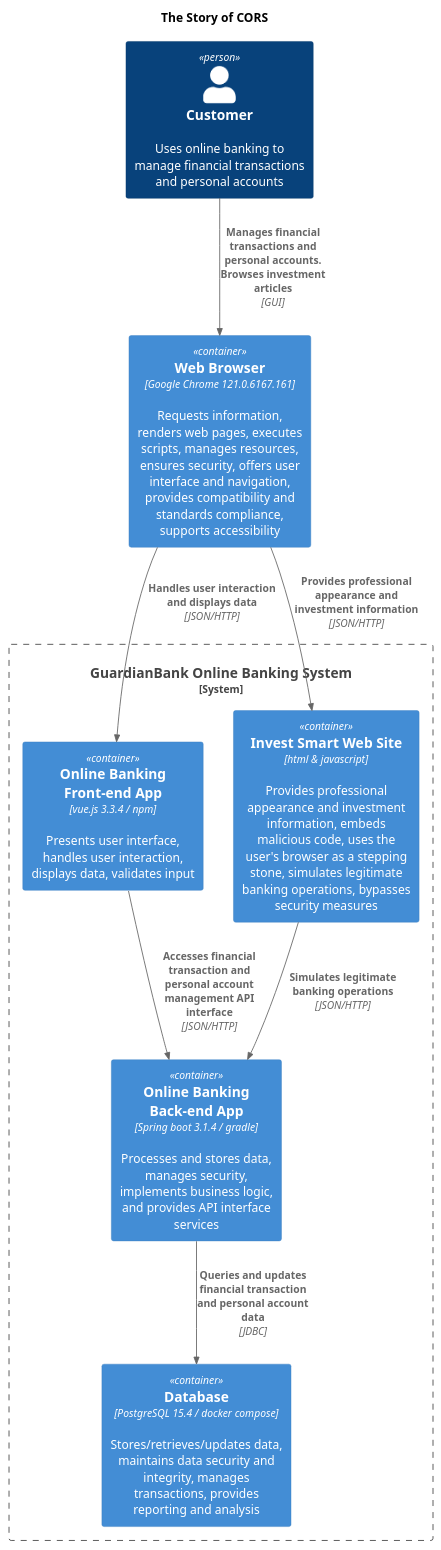
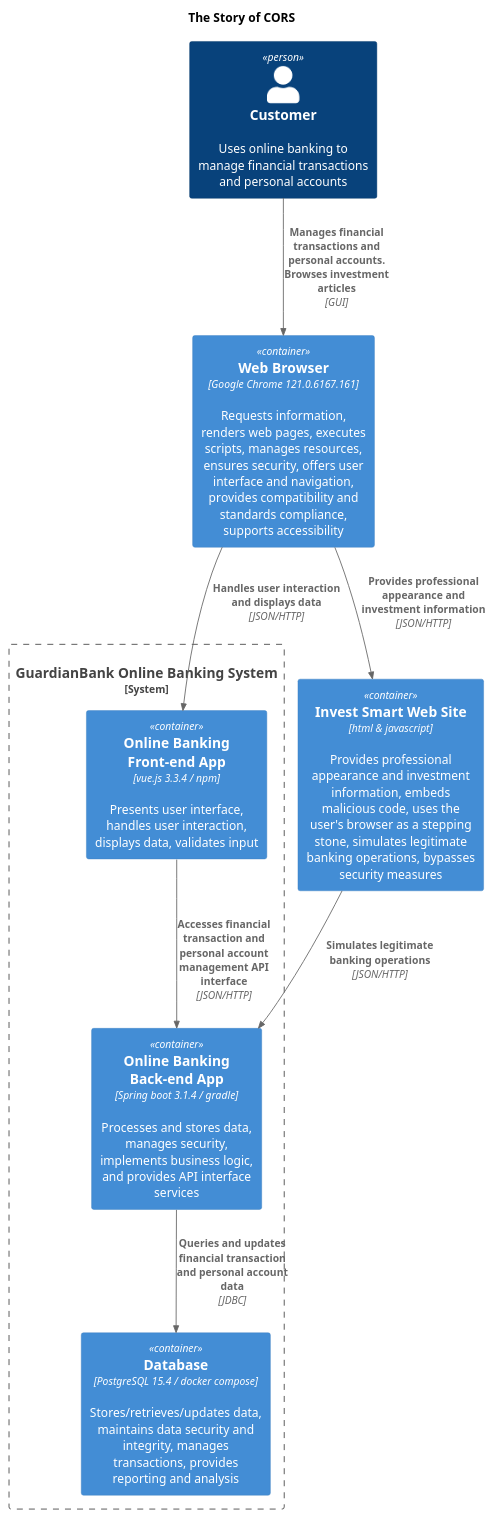
Before and after one commit to wubin28/shopping-list-web-app-2024-for-windows: the diagram in container-the-cors-story.puml, drawn with PlantUML.

Commit message:
docs: move InvestSmart out of the banking system in the c4 container diagram

```diff
--- a/container-the-cors-story.puml
+++ b/container-the-cors-story.puml
@@ -1,30 +1,31 @@
 @startuml
 !include https://raw.githubusercontent.com/plantuml-stdlib/C4-PlantUML/master/C4_Container.puml
 ' uncomment the following line and comment the first line to use the file locally
 ' !include C4_Container.puml
 
 LAYOUT_TOP_DOWN()
 ' LAYOUT_AS_SKETCH()
 ' LAYOUT_WITH_LEGEND()
 
 title The Story of CORS
 
 Person(customer, "Customer", "Uses online banking to manage financial transactions and personal accounts")
 Container(webBrowser, "Web Browser", "Google Chrome 121.0.6167.161", "Requests information, renders web pages, executes scripts, manages resources, ensures security, offers user interface and navigation, provides compatibility and standards compliance, supports accessibility")
 
 System_Boundary(system-boundary, "GuardianBank Online Banking System") {
     Container(onlineBankingFrontEnd, "Online Banking Front-end App", "vue.js 3.3.4 / npm", "Presents user interface, handles user interaction, displays data, validates input")
-    Container(investSmartWebSite, "Invest Smart Web Site", "html & javascript", "Provides professional appearance and investment information, embeds malicious code, uses the user's browser as a stepping stone, simulates legitimate banking operations, bypasses security measures")
     Container(onlineBankingApi, "Online Banking Back-end App", "Spring boot 3.1.4 / gradle", "Processes and stores data, manages security, implements business logic, and provides API interface services")
     Container(db, "Database", "PostgreSQL 15.4 / docker compose", "Stores/retrieves/updates data, maintains data security and integrity, manages transactions, provides reporting and analysis")
 }
+
+Container(investSmartWebSite, "Invest Smart Web Site", "html & javascript", "Provides professional appearance and investment information, embeds malicious code, uses the user's browser as a stepping stone, simulates legitimate banking operations, bypasses security measures")
 
 Rel(customer, webBrowser, "Manages financial transactions and personal accounts. Browses investment articles", "GUI")
 Rel(webBrowser, onlineBankingFrontEnd, "Handles user interaction and displays data", "JSON/HTTP")
 Rel(webBrowser, investSmartWebSite, "Provides professional appearance and investment information", "JSON/HTTP")
 
 Rel(onlineBankingFrontEnd, onlineBankingApi, "Accesses financial transaction and personal account management API interface", "JSON/HTTP")
 Rel(investSmartWebSite, onlineBankingApi, "Simulates legitimate banking operations", "JSON/HTTP")
 Rel(onlineBankingApi, db, "Queries and updates financial transaction and personal account data", "JDBC")
 
 @enduml
```
